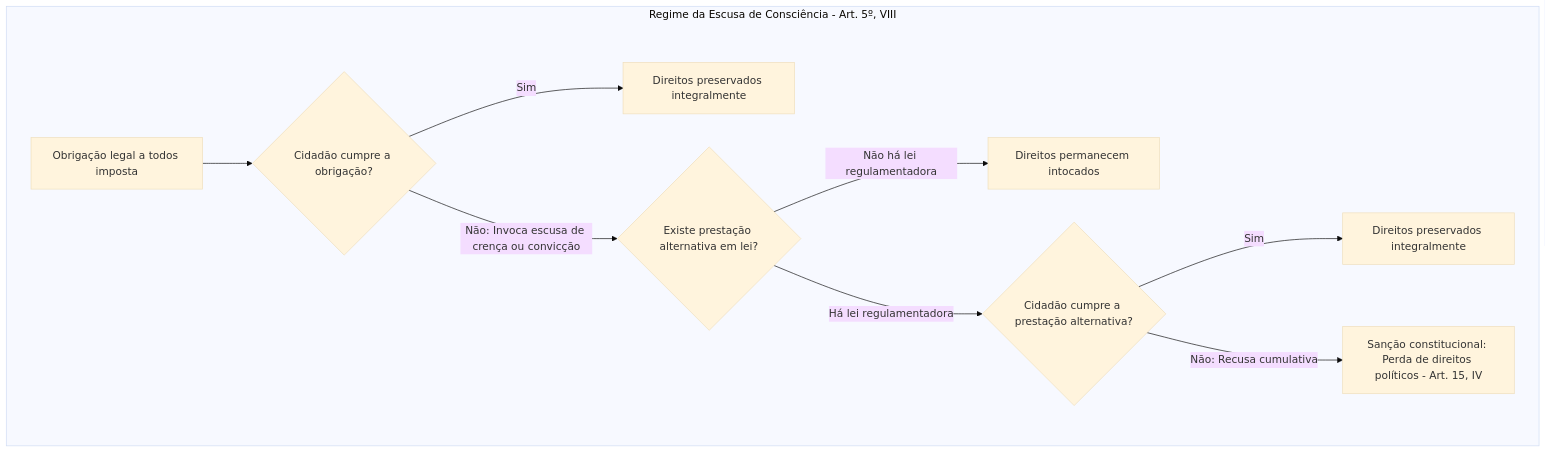
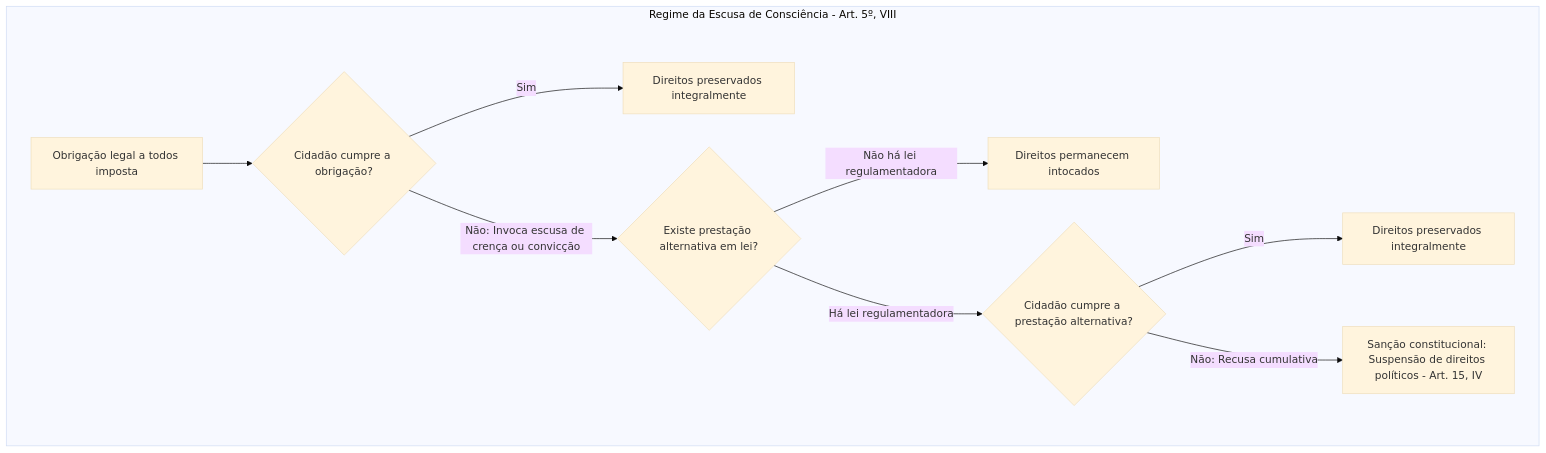
The first of 2 diagrams in content/material/direito-constitucional/m02/a02-s02.md (ValerioFerreira/mentoria-cfo), drawn with Mermaid (base theme) before and after one commit. The commit also changed other lines of this file and 63 other files, not shown here.

````diff
--- a/content/material/direito-constitucional/m02/a02-s02.md
+++ b/content/material/direito-constitucional/m02/a02-s02.md
@@ -155,12 +155,12 @@
 ```mermaid Requisitos para a restrição de direitos por escusa de consciência
 flowchart TD
   subgraph EscusaDeConsciencia [Regime da Escusa de Consciência - Art. 5º, VIII]
     A[Obrigação legal a todos imposta] --> B{Cidadão cumpre a obrigação?}
     B -- Sim --> C[Direitos preservados integralmente]
     B -- Não: Invoca escusa de crença ou convicção --> D{Existe prestação alternativa em lei?}
     D -- Não há lei regulamentadora --> E[Direitos permanecem intocados]
     D -- Há lei regulamentadora --> F{Cidadão cumpre a prestação alternativa?}
     F -- Sim --> G[Direitos preservados integralmente]
-    F -- Não: Recusa cumulativa --> H[Sanção constitucional: Perda de direitos políticos - Art. 15, IV]
+    F -- Não: Recusa cumulativa --> H[Sanção constitucional: Suspensão de direitos políticos - Art. 15, IV]
   end
 ```
````
